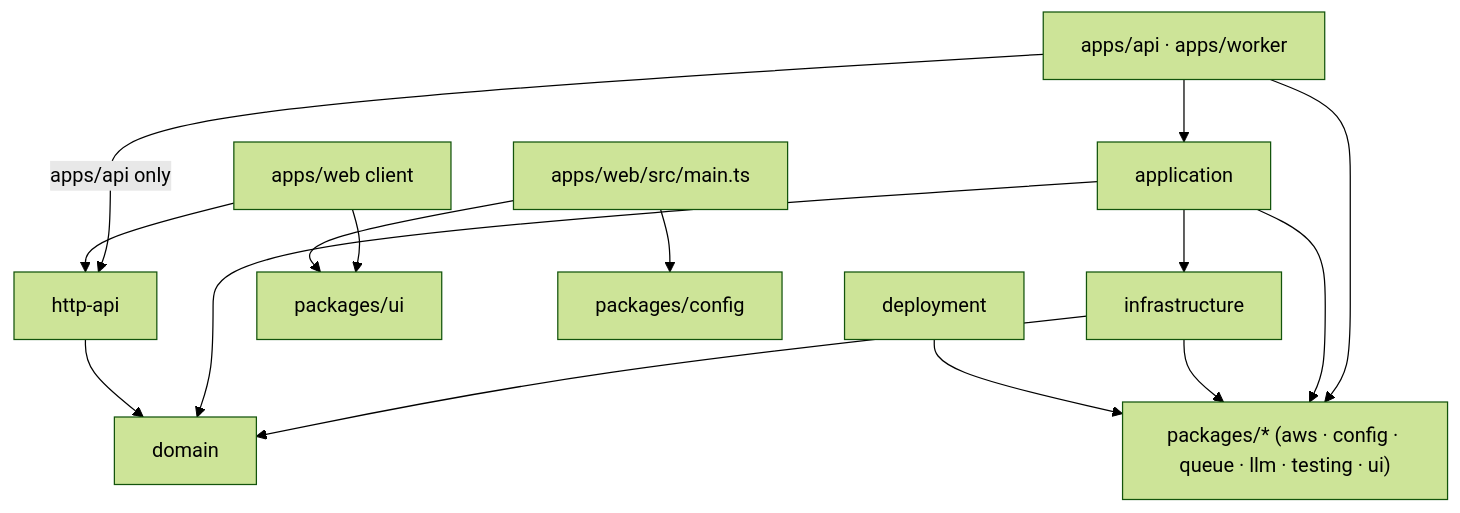
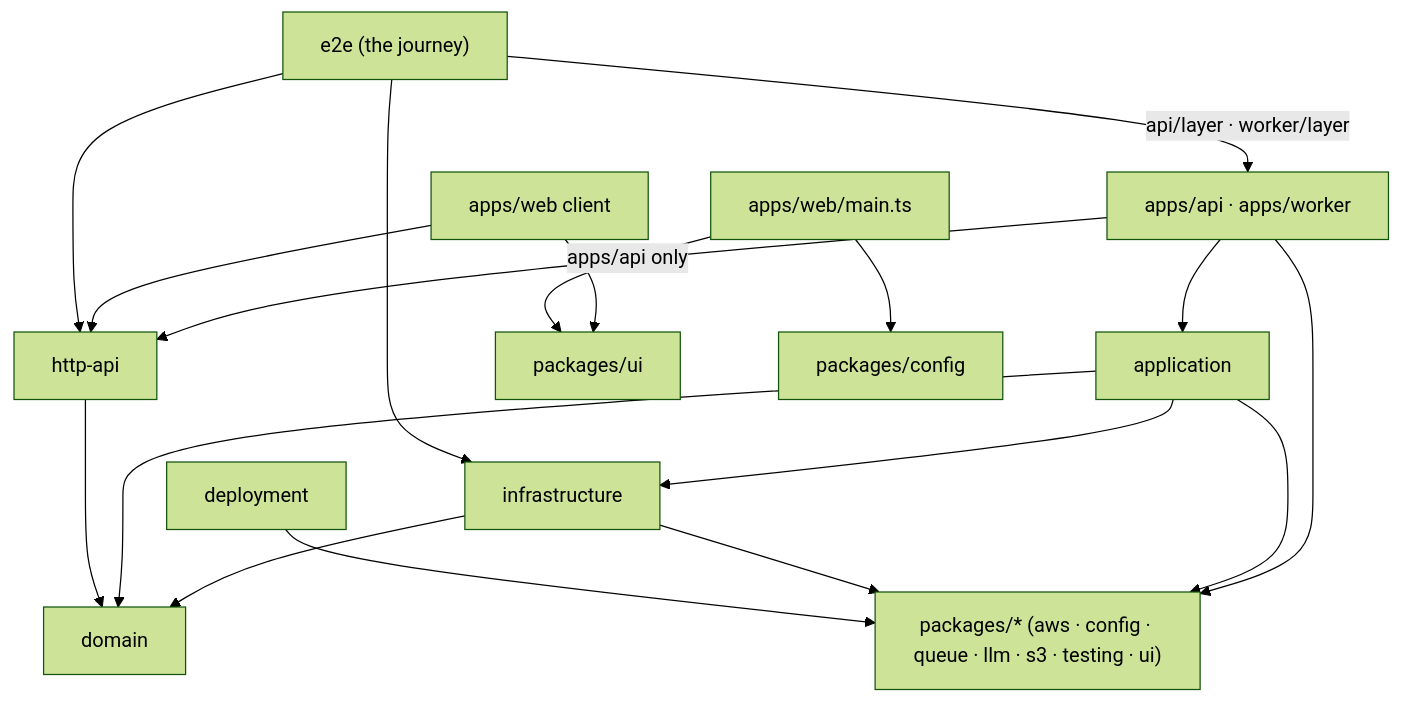
One commit to khotei/app-template changed the diagram in docs/knowledge/architecture.md. Above: the diagram before and after it, drawn with Mermaid (forest theme). The commit also changed other lines of this file and 3508 other files, not shown here.

````diff
--- a/docs/knowledge/architecture.md
+++ b/docs/knowledge/architecture.md
@@ -9,17 +12,20 @@
 ```mermaid
 graph TD
   apps["apps/api · apps/worker"] --> application
   application --> infrastructure
   infrastructure --> domain
   application --> domain
   apps -->|"apps/api only"| httpApi["http-api"]
   httpApi --> domain
-  apps --> packages["packages/* (aws · config · queue · llm · testing · ui)"]
+  apps --> packages["packages/* (aws · config · queue · llm · s3 · testing · ui)"]
   application --> packages
   infrastructure --> packages
   web["apps/web client"] --> httpApi
   web --> ui["packages/ui"]
-  webMain["apps/web/src/main.ts"] --> ui
+  webMain["apps/web/main.ts"] --> ui
   webMain --> config["packages/config"]
   deployment --> packages
+  e2e["e2e (the journey)"] -->|"api/layer · worker/layer"| apps
+  e2e --> httpApi
+  e2e --> infrastructure
 ```
````
